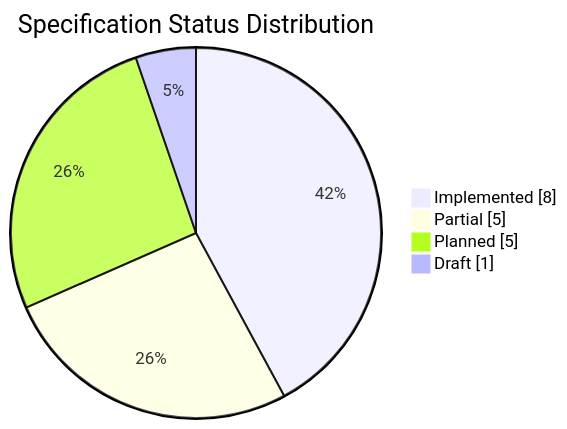
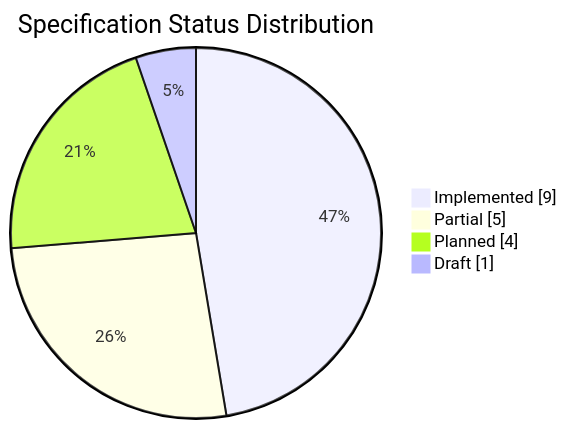
One commit to Jasrags/ShadowMaster changed the third of 8 diagrams in docs/specifications/README.md. Above: the diagram before and after it, drawn with Mermaid. The commit also changed other lines of this file and 1 other file, not shown here.

````diff
--- a/docs/specifications/README.md
+++ b/docs/specifications/README.md
@@ -148,8 +148,8 @@
 ```mermaid
 pie showData
     title Specification Status Distribution
-    "Implemented" : 8
+    "Implemented" : 9
     "Partial" : 5
-    "Planned" : 5
+    "Planned" : 4
     "Draft" : 1
 ```
````
